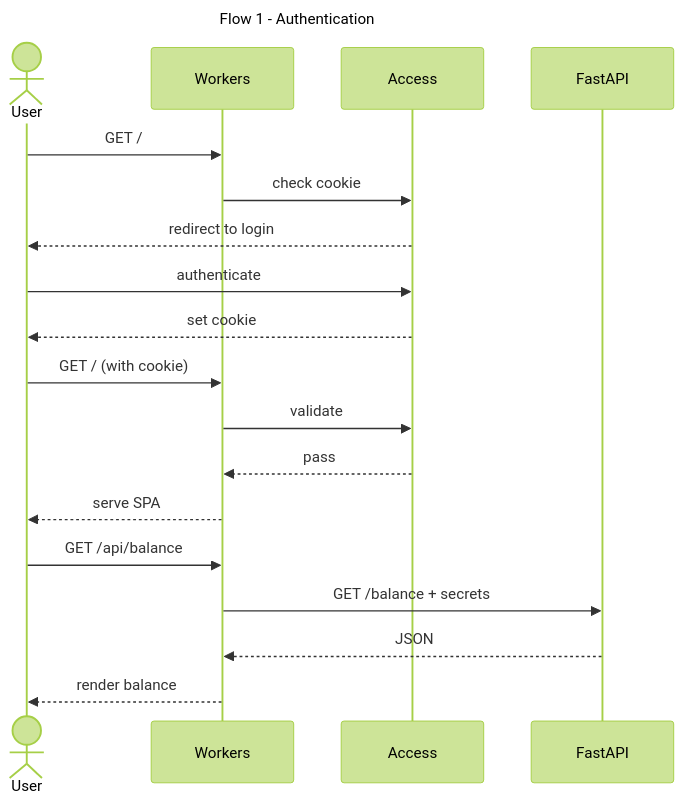
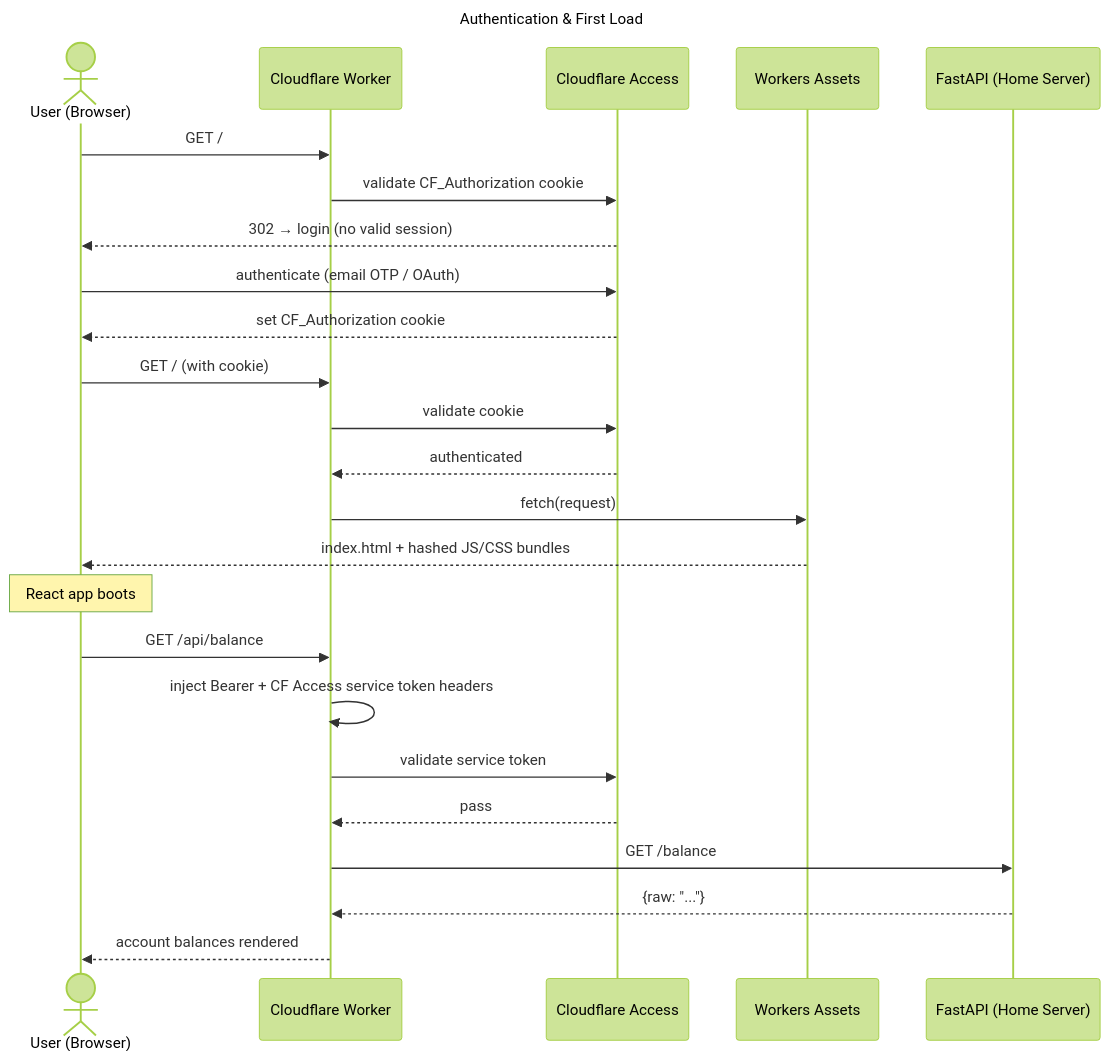
Before and after one commit to nayakashish/hledger-wrapper: the diagram in docs/diagram-seq-auth.mermaid, drawn with Mermaid (forest theme). The commit also changed 6 other files, not shown here.

Commit message:
redo docs with proper mermaid diagrams

```diff
--- a/docs/diagram-seq-auth.mermaid
+++ b/docs/diagram-seq-auth.mermaid
@@ -1,22 +1,31 @@
 ---
-title: Flow 1 - Authentication
+title: Authentication & First Load
 ---
 sequenceDiagram
-    actor User
-    participant W as Workers
-    participant A as Access
-    participant F as FastAPI
+    actor User as User (Browser)
+    participant W as Cloudflare Worker
+    participant Access as Cloudflare Access
+    participant Assets as Workers Assets
+    participant API as FastAPI (Home Server)
 
     User->>W: GET /
-    W->>A: check cookie
-    A-->>User: redirect to login
-    User->>A: authenticate
-    A-->>User: set cookie
+    W->>Access: validate CF_Authorization cookie
+    Access-->>User: 302 → login (no valid session)
+    User->>Access: authenticate (email OTP / OAuth)
+    Access-->>User: set CF_Authorization cookie
+
     User->>W: GET / (with cookie)
-    W->>A: validate
-    A-->>W: pass
-    W-->>User: serve SPA
+    W->>Access: validate cookie
+    Access-->>W: authenticated
+    W->>Assets: fetch(request)
+    Assets-->>User: index.html + hashed JS/CSS bundles
+
+    Note over User: React app boots
+
     User->>W: GET /api/balance
-    W->>F: GET /balance + secrets
-    F-->>W: JSON
-    W-->>User: render balance
+    W->>W: inject Bearer + CF Access service token headers
+    W->>Access: validate service token
+    Access-->>W: pass
+    W->>API: GET /balance
+    API-->>W: {raw: "..."}
+    W-->>User: account balances rendered
```
